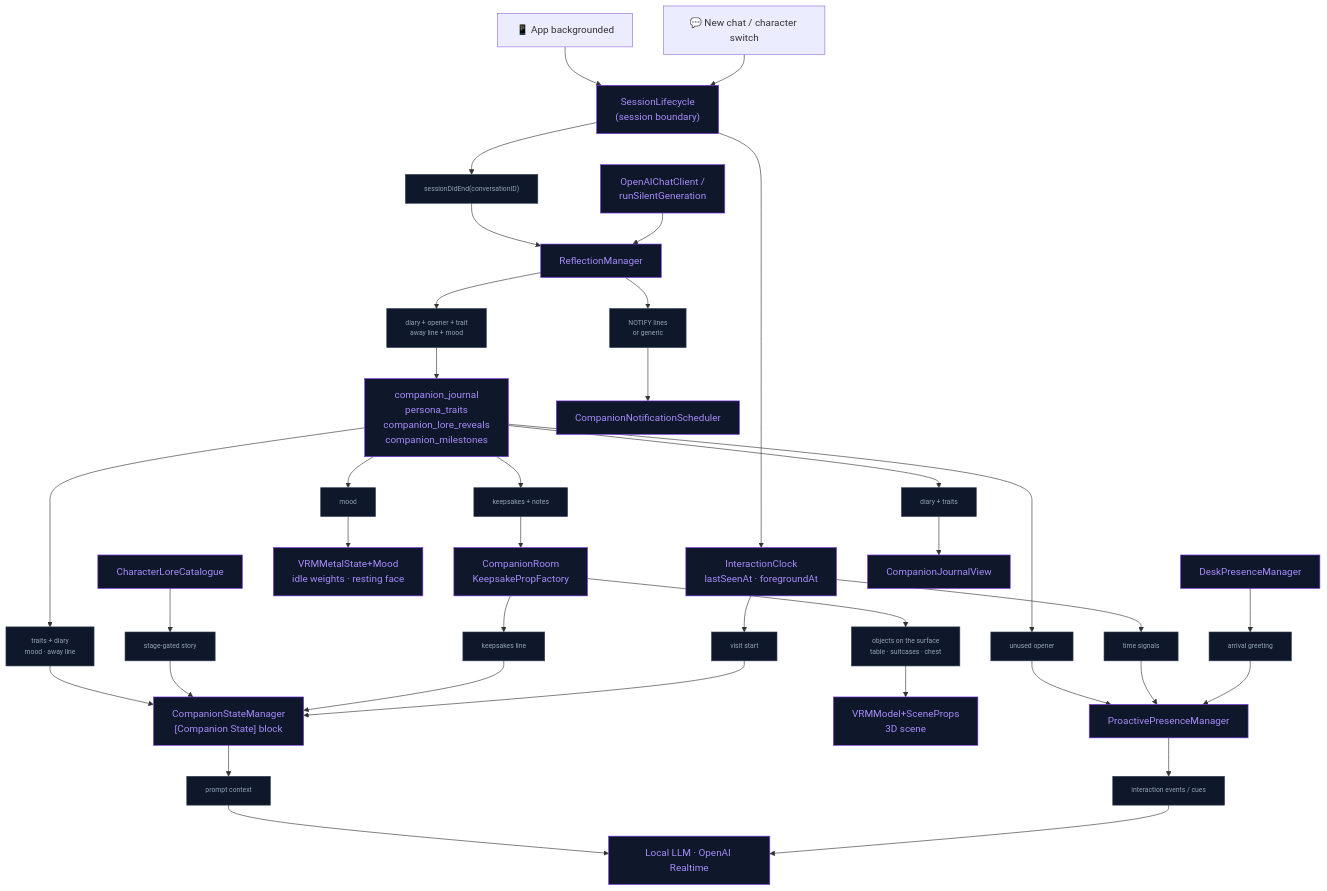
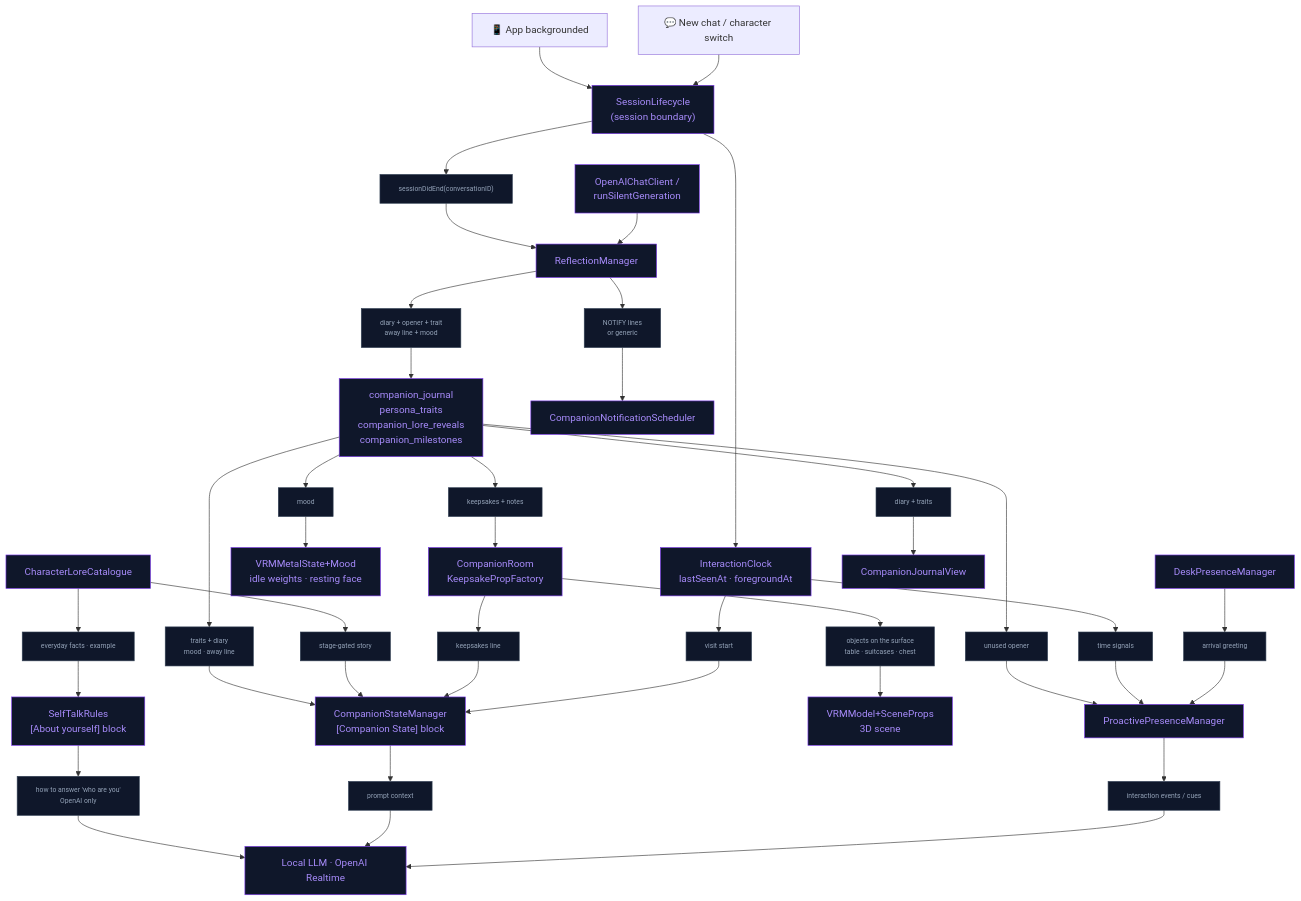
One commit to kevinliddel/NeuraLink changed the first of 3 diagrams in docs/Companion/LIVING_COMPANION.md. Above: the diagram before and after it, drawn with Mermaid. The commit also changed other lines of this file and 6 other files, not shown here.

Commit message:
feat: add self-talk probe and character session configuration support

````diff
--- a/docs/Companion/LIVING_COMPANION.md
+++ b/docs/Companion/LIVING_COMPANION.md
@@ -741,37 +763,39 @@
 ```mermaid
 flowchart TD
     BG["📱 App backgrounded"] --> LC
     NEW["💬 New chat / character switch"] --> LC
 
     LC["SessionLifecycle<br/>(session boundary)"] --> CLK["InteractionClock<br/>lastSeenAt · foregroundAt"]
     LC --> D1["sessionDidEnd(conversationID)"] --> REFL["ReflectionManager"]
     HTTP["OpenAIChatClient /<br/>runSilentGeneration"] --> REFL
 
     REFL --> D2["diary + opener + trait<br/>away line + mood"] --> SQL["companion_journal<br/>persona_traits<br/>companion_lore_reveals<br/>companion_milestones"]
     REFL --> D3["NOTIFY lines<br/>or generic"] --> NOTIF["CompanionNotificationScheduler"]
 
     SQL --> D4["traits + diary<br/>mood · away line"] --> CSM["CompanionStateManager<br/>[Companion State] block"]
     LORE["CharacterLoreCatalogue"] --> D12["stage-gated story"] --> CSM
+    LORE --> D17["everyday facts · example"] --> SELF["SelfTalkRules<br/>[About yourself] block"]
+    SELF --> D18["how to answer 'who are you'<br/>OpenAI only"] --> ENG
     SQL --> D13["mood"] --> BODY["VRMMetalState+Mood<br/>idle weights · resting face"]
     SQL --> D14["keepsakes + notes"] --> ROOM["CompanionRoom<br/>KeepsakePropFactory"]
     ROOM --> D15["objects on the surface<br/>table · suitcases · chest"] --> SCENE["VRMModel+SceneProps<br/>3D scene"]
     ROOM --> D16["keepsakes line"] --> CSM
     CLK --> D10["visit start"] --> CSM
     SQL --> D5["unused opener"] --> PPM["ProactivePresenceManager"]
     CLK --> D6["time signals"] --> PPM
     DESK["DeskPresenceManager"] --> D11["arrival greeting"] --> PPM
     SQL --> D7["diary + traits"] --> JUI["CompanionJournalView"]
 
     CSM --> D8["prompt context"] --> ENG["Local LLM · OpenAI Realtime"]
     PPM --> D9["interaction events / cues"] --> ENG
 
     %% Styles
     classDef core fill:#0f172a,stroke:#7c3aed,color:#a78bfa
     classDef decision fill:#1e293b,stroke:#94a3b8,color:#e2e8f0
 
-    class LC,CLK,REFL,HTTP,SQL,NOTIF,CSM,PPM,DESK,JUI,ENG,LORE,BODY,ROOM,SCENE core
+    class LC,CLK,REFL,HTTP,SQL,NOTIF,CSM,PPM,DESK,JUI,ENG,LORE,BODY,ROOM,SCENE,SELF core
 
     %% Data nodes (consistent system-wide)
     classDef data fill:#0f172a,stroke:#334155,color:#94a3b8,font-size:11px
-    class D1,D2,D3,D4,D5,D6,D7,D8,D9,D10,D11,D12,D13,D14,D15,D16 data
+    class D1,D2,D3,D4,D5,D6,D7,D8,D9,D10,D11,D12,D13,D14,D15,D16,D17,D18 data
 ```
````
